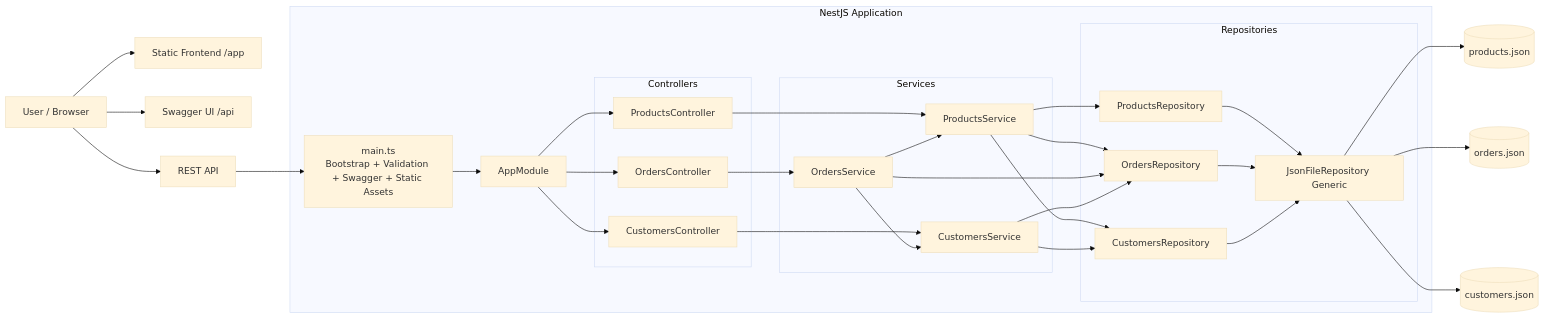
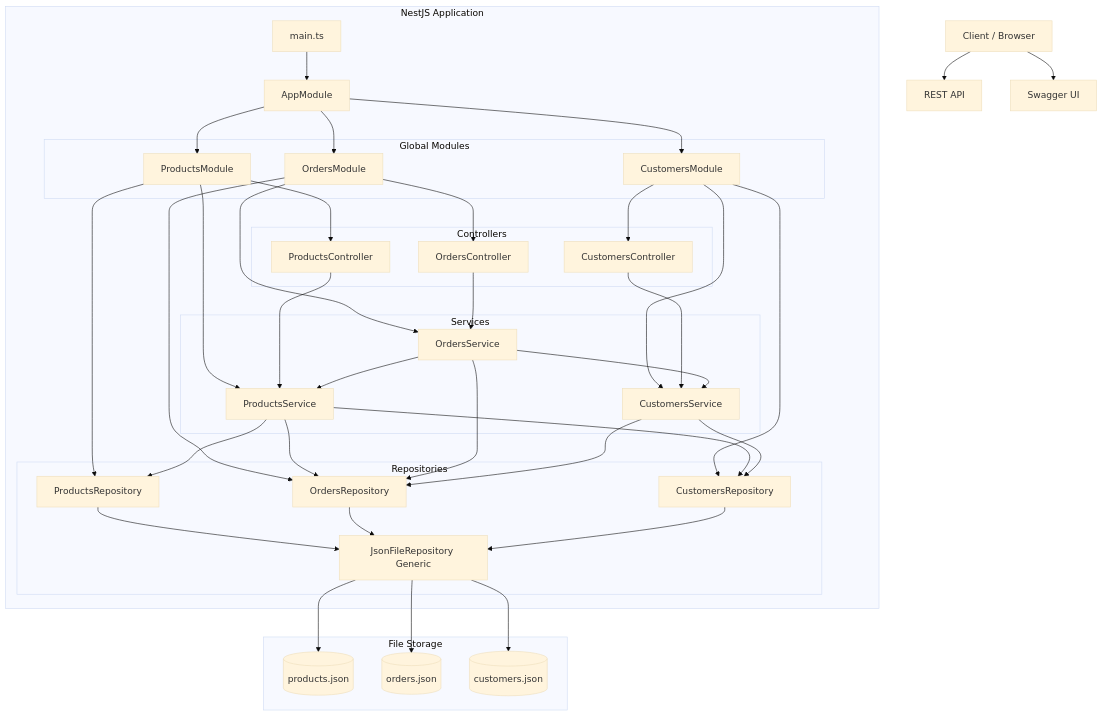
Before and after one commit to IkrtI/oop-typescript-final-project-2026: the first of 7 diagrams in docs/uml-diagrams.md, drawn with Mermaid (base theme). The commit also changed other lines of this file and 35 other files, not shown here.

````diff
--- a/docs/uml-diagrams.md
+++ b/docs/uml-diagrams.md
@@ -17,58 +5,75 @@
 ```mermaid
-flowchart LR
-    User[User / Browser] --> Frontend[Static Frontend /app]
-    User --> Swagger[Swagger UI /api]
-    User --> Api[REST API]
+flowchart TB
+    Client[Client / Browser] --> API[REST API]
+    Client --> Swagger[Swagger UI]
 
     subgraph NestJS Application
-        Main[main.ts\nBootstrap + Validation + Swagger + Static Assets]
-        AppModule[AppModule]
+        Main[main.ts] --> AppModule
+
+        subgraph Modules [Global Modules]
+            ProductsModule
+            OrdersModule
+            CustomersModule
+        end
 
         subgraph Controllers
             ProductsController
             OrdersController
             CustomersController
         end
 
         subgraph Services
             ProductsService
             OrdersService
             CustomersService
         end
 
         subgraph Repositories
             ProductsRepository
             OrdersRepository
             CustomersRepository
             JsonFileRepository[JsonFileRepository Generic]
         end
     end
 
-    Api --> Main --> AppModule
-    AppModule --> ProductsController
-    AppModule --> OrdersController
-    AppModule --> CustomersController
+    AppModule --> ProductsModule
+    AppModule --> OrdersModule
+    AppModule --> CustomersModule
+
+    ProductsModule --> ProductsController
+    ProductsModule --> ProductsService
+    ProductsModule --> ProductsRepository
+
+    OrdersModule --> OrdersController
+    OrdersModule --> OrdersService
+    OrdersModule --> OrdersRepository
+
+    CustomersModule --> CustomersController
+    CustomersModule --> CustomersService
+    CustomersModule --> CustomersRepository
 
     ProductsController --> ProductsService
     OrdersController --> OrdersService
     CustomersController --> CustomersService
 
     ProductsService --> ProductsRepository
     ProductsService --> OrdersRepository
     ProductsService --> CustomersRepository
 
     OrdersService --> OrdersRepository
     OrdersService --> ProductsService
     OrdersService --> CustomersService
 
     CustomersService --> CustomersRepository
     CustomersService --> OrdersRepository
 
     ProductsRepository --> JsonFileRepository
     OrdersRepository --> JsonFileRepository
     CustomersRepository --> JsonFileRepository
 
-    JsonFileRepository --> ProductsJson[(products.json)]
-    JsonFileRepository --> OrdersJson[(orders.json)]
-    JsonFileRepository --> CustomersJson[(customers.json)]
+    subgraph File Storage
+        JsonFileRepository --> ProductsJson[(products.json)]
+        JsonFileRepository --> OrdersJson[(orders.json)]
+        JsonFileRepository --> CustomersJson[(customers.json)]
+    end
 ```
````
